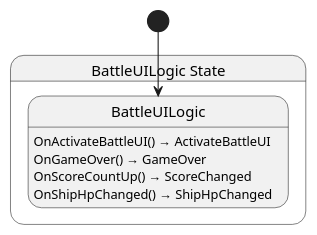
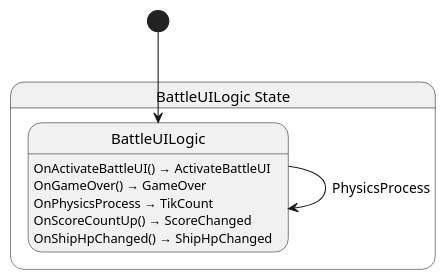
Before and after one commit to Ygoat/EternalJourney: the diagram in src/battle_ui/state/BattleUILogic.g.puml, drawn with PlantUML. The commit also changed 8 other files, not shown here.

```diff
--- a/src/battle_ui/state/BattleUILogic.g.puml
+++ b/src/battle_ui/state/BattleUILogic.g.puml
@@ -1,11 +1,15 @@
 @startuml BattleUILogic
 state "BattleUILogic State" as EternalJourney_BattleUI_State_BattleUILogic_State {
   state "BattleUILogic" as EternalJourney_BattleUI_State_BattleUILogic_State_BattleUILogic
 }
+
+EternalJourney_BattleUI_State_BattleUILogic_State_BattleUILogic --> EternalJourney_BattleUI_State_BattleUILogic_State_BattleUILogic : PhysicsProcess
+
 EternalJourney_BattleUI_State_BattleUILogic_State_BattleUILogic : OnActivateBattleUI() → ActivateBattleUI
 EternalJourney_BattleUI_State_BattleUILogic_State_BattleUILogic : OnGameOver() → GameOver
+EternalJourney_BattleUI_State_BattleUILogic_State_BattleUILogic : OnPhysicsProcess → TikCount
 EternalJourney_BattleUI_State_BattleUILogic_State_BattleUILogic : OnScoreCountUp() → ScoreChanged
 EternalJourney_BattleUI_State_BattleUILogic_State_BattleUILogic : OnShipHpChanged() → ShipHpChanged
 
 [*] --> EternalJourney_BattleUI_State_BattleUILogic_State_BattleUILogic
 @enduml
```
